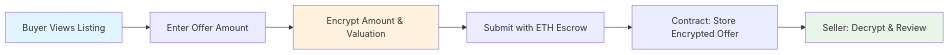
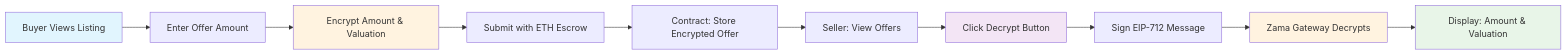
Before and after one commit to hidayahhtaufik/ZeroTrade: the third of 4 diagrams in README.md, drawn with Mermaid. The commit also changed other lines of this file and 28 other files, not shown here.

````diff
--- a/README.md
+++ b/README.md
@@ -91,12 +92,18 @@
 ```mermaid
 graph LR
     A[Buyer Views Listing] --> B[Enter Offer Amount]
     B --> C[Encrypt Amount & Valuation]
     C --> D[Submit with ETH Escrow]
     D --> E[Contract: Store Encrypted Offer]
-    E --> F[Seller: Decrypt & Review]
+    E --> F[Seller: View Offers]
+    F --> G[Click Decrypt Button]
+    G --> H[Sign EIP-712 Message]
+    H --> I[Zama Gateway Decrypts]
+    I --> J[Display: Amount & Valuation]
     
     style A fill:#e1f5fe
     style C fill:#fff3e0
-    style F fill:#e8f5e8
+    style G fill:#f3e5f5
+    style I fill:#fff3e0
+    style J fill:#e8f5e8
 ```
````
